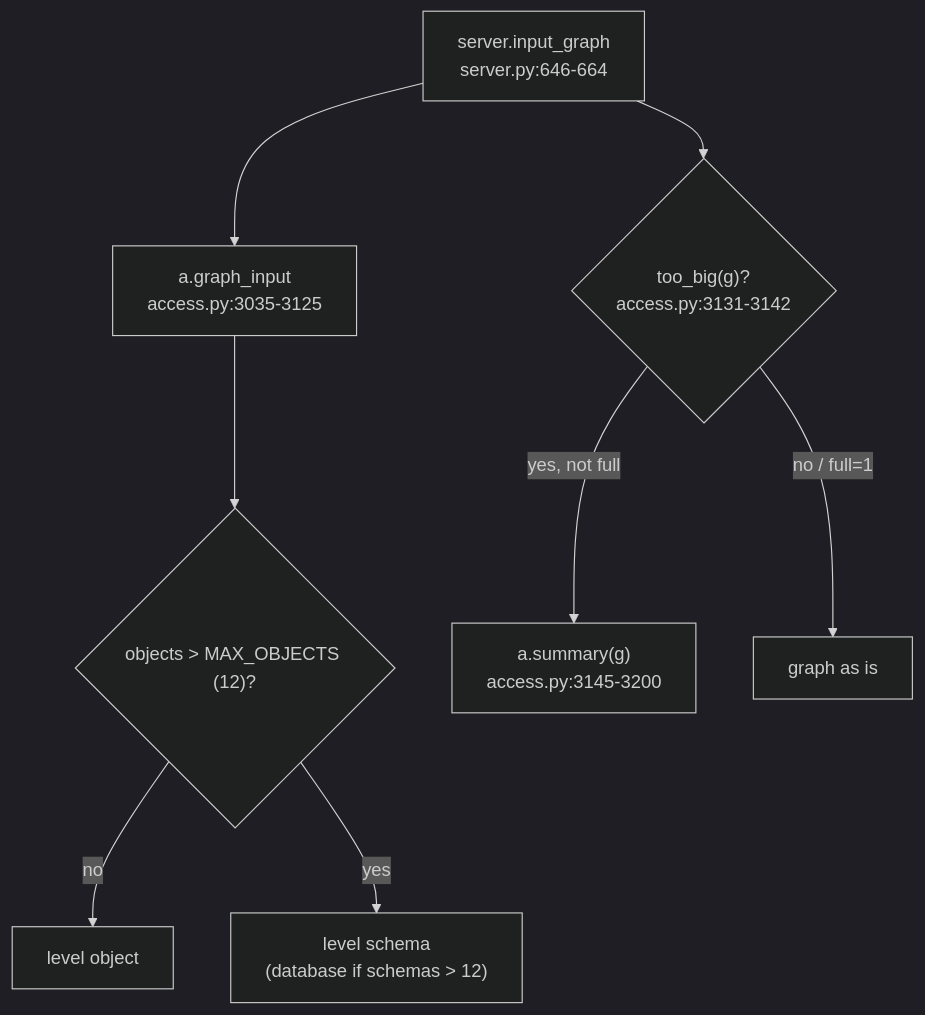
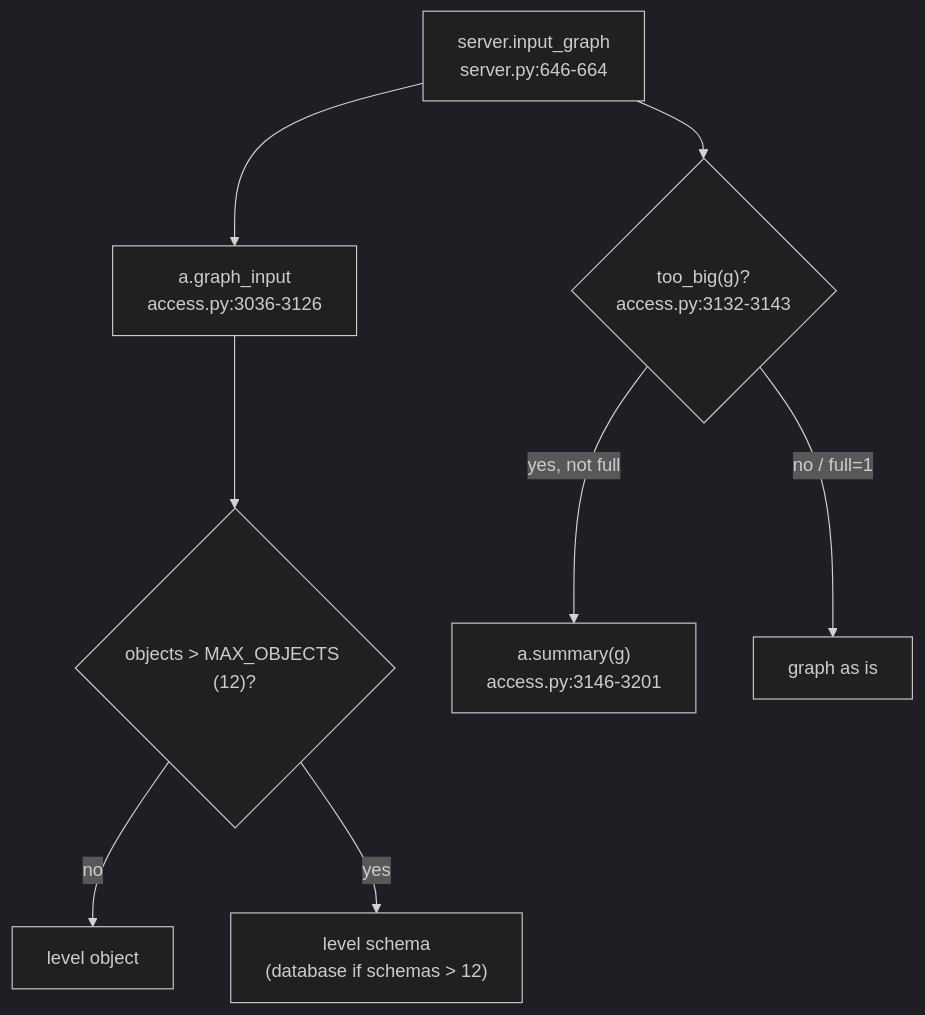
Before and after one commit to darshanmeel/snowflake-access-explorer: the diagram in snowflake-access-explorer-knowledge-graph/logic/graph-input.md, drawn with Mermaid (dark theme). The commit also changed other lines of this file and 67 other files, not shown here.

Commit message:
Knowledge graph: QUERY_TAG and STREAMLIT_APP settings, run_sql.py fallback, access.py line refs after 4386 corrected

````diff
--- a/snowflake-access-explorer-knowledge-graph/logic/graph-input.md
+++ b/snowflake-access-explorer-knowledge-graph/logic/graph-input.md
@@ -6,10 +6,10 @@
 ```mermaid
 flowchart TD
-  IG["server.input_graph<br/>server.py:646-664"] --> GI["a.graph_input<br/>access.py:3035-3125"]
+  IG["server.input_graph<br/>server.py:646-664"] --> GI["a.graph_input<br/>access.py:3036-3126"]
   GI --> LV{"objects > MAX_OBJECTS (12)?"}
   LV -- no --> OBJ[level object]
   LV -- yes --> SC["level schema<br/>(database if schemas > 12)"]
-  IG --> TB{"too_big(g)?<br/>access.py:3131-3142"}
-  TB -- "yes, not full" --> SU["a.summary(g)<br/>access.py:3145-3200"]
+  IG --> TB{"too_big(g)?<br/>access.py:3132-3143"}
+  TB -- "yes, not full" --> SU["a.summary(g)<br/>access.py:3146-3201"]
   TB -- "no / full=1" --> RAW[graph as is]
 ```
````
